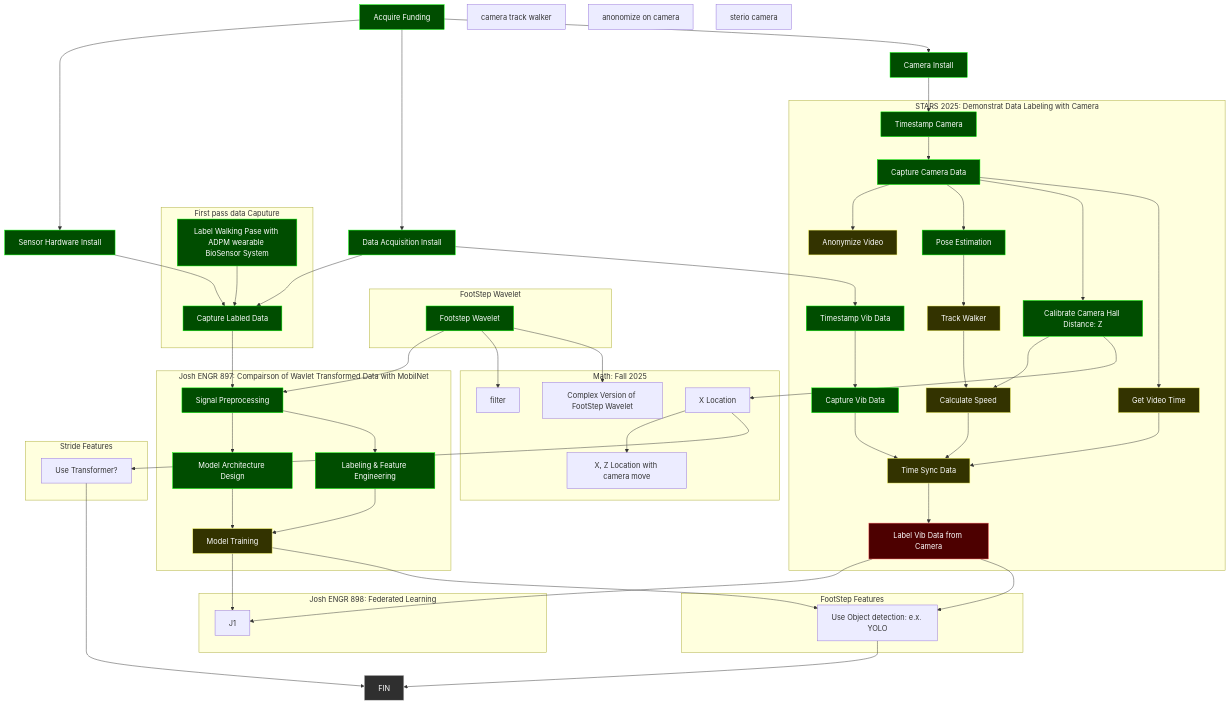
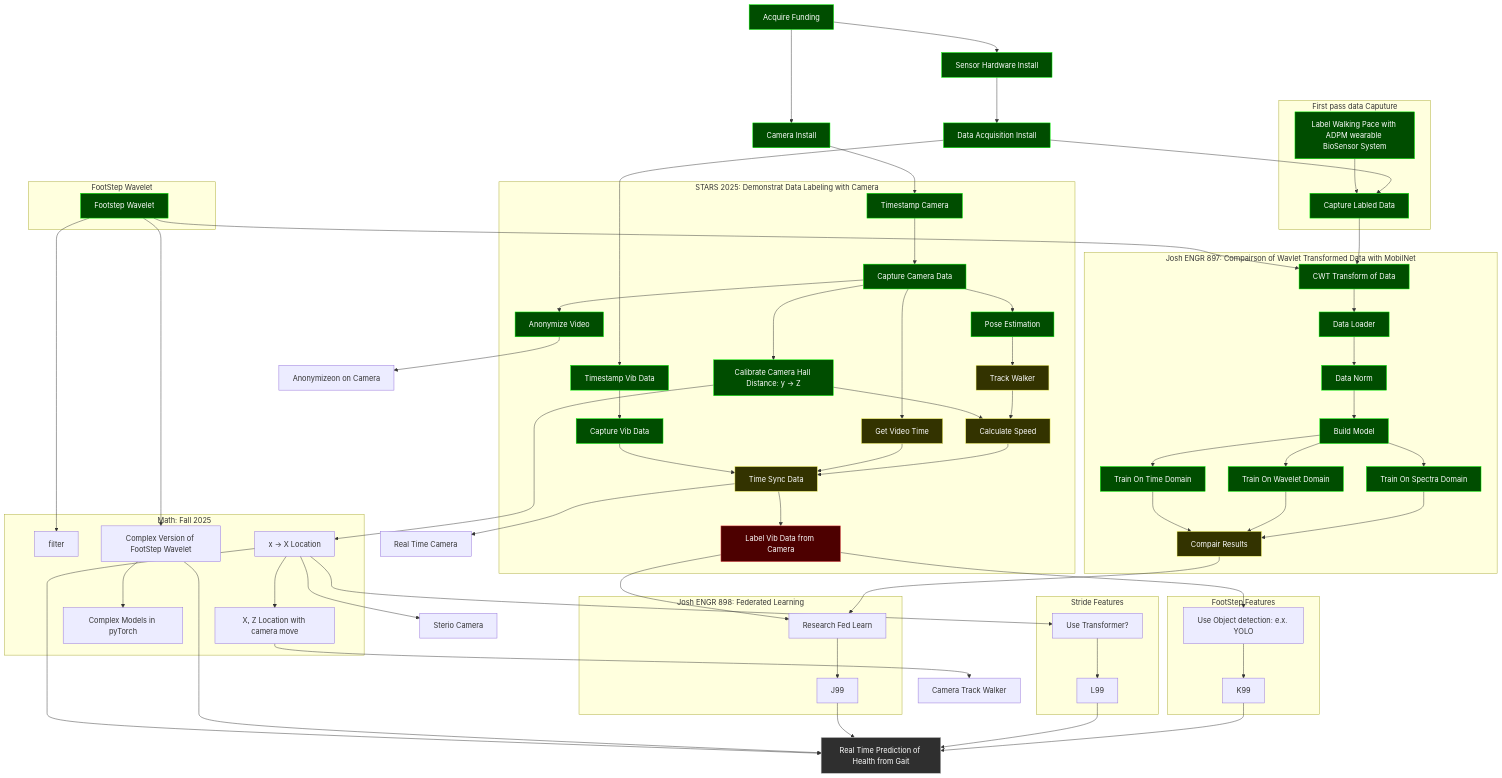
One commit to iamtheeel/shake changed the diagram in roadMap/roadMap.mmd. Above: the diagram before and after it, drawn with Mermaid. The commit also changed 1 other file, not shown here.

```diff
--- a/roadMap/roadMap.mmd
+++ b/roadMap/roadMap.mmd
@@ -1,144 +1,169 @@
 %% ─────────────────────────────────────────────
 %% 📈 HOW TO PREVIEW THIS DIAGRAM:
 %% → Right-click this file tab (not the content) → “Command Palette”
 %% → Type: “Preview Mermaid Diagram”
 %% ─────────────────────────────────────────────
 graph TD
     classDef done fill:#004d00,stroke:#00ff00,color:#ffffff;
     classDef inprogress fill:#333300,stroke:#ffff66,color:#ffffff;
     classDef pending fill:#4d0000,stroke:#ff6666,color:#ffffff;
     classDef shared fill:#2f2f2f,stroke:#cccccc,color:#ffffff;
 
     A[Acquire Funding]
 
-    %% Phase 1 - Sensor Instalation
+    %% Sensor Instalation
     A --> B1[Sensor Hardware Install]
-    A --> B2[Data Acquisition Install]
+    B1 --> B2[Data Acquisition Install]
     A --> B3[Camera Install]
     class A done;
     class B1 done;
     class B2 done;
     class B3 done;
 
-    %% Phase 2 - Data acquistion, Walking Pace Tagged
+    %% Data acquistion, Walking Pace Tagged
     subgraph First pass data Caputure
-    C2
-    C1
+        C1[Label Walking Pace with ADPM wearable BioSensor System]
+        C2[Capture Labled Data]
     end
-    C1[Label Walking Pase with ADPM wearable BioSensor System]
     C1 --> C2
-    B1 --> C2[Capture Labled Data]
     B2 --> C2
     class C1 done;
     class C2 done;
 
-    %% Phase 2 - Footstep Wavelet
+
+    %% Footstep Wavelet
     subgraph FootStep Wavelet
-    D
+        D1[Footstep Wavelet]
     end
-    D[Footstep Wavelet]
-    D --> E1
-    class D done;
+    D1 --> E1
+    class D1 done;
 
 
+    %% Model Development, data transform
+    C2 --> E1
     subgraph Josh ENGR 897: Compairson of Wavlet Transformed Data with MobilNet
-     E1
-     E2
-     E3
-     F1
+        E1[CWT Transform of Data]
+        class E1 done;
+        E2[Data Loader]
+        class E2 done;
+        E3[Data Norm]
+        class E3 done;
+        E4[Build Model]
+        class E4 done;
+        E5[Train On Time Domain]
+        class E5 done;
+        E6[Train On Wavelet Domain]
+        class E6 done;
+        E7[Train On Spectra Domain]
+        class E7 done;
+        E8[Compair Results]
+        class E8 inprogress;
     end
-    %% Phase 4 - Model Development, data transform
-    C2 --> E1[Signal Preprocessing]
-    class E1 done;
-    E1 --> E2[Model Architecture Design]
-    class E2 done;
-    E1 --> E3[Labeling & Feature Engineering]
-    class E3 done;
-    E3 --> F1[Model Training]
-    class F1 inprogress;
+    E1 --> E2
+    E2 --> E3
+    E3 --> E4
+    E4 --> E5
+    E4 --> E6
+    E4 --> E7
+    E5-->E8
+    E6-->E8
+    E7-->E8
 
-    %% Phase 5 - Training & Evaluation
-    E2 --> F1
+
+    %% Using Camera to label data
+    %%E2 --> F1
     B2 --> G1
     B3 --> G2
     subgraph STARS 2025: Demonstrat Data Labeling with Camera
         G1[Timestamp Vib Data]
         class G1 done;
         G2[Timestamp Camera]
         class G2 done;
         H1[Capture Vib Data]
         class H1 done;
         H2[Capture Camera Data]
         class H2 done;
         H4[Anonymize Video]
-        class H4 inprogress;
+        class H4 done;
         H10[Get Video Time]
         class H10 inprogress;
-        H3[Calibrate Camera Hall Distance: Z]
+        H3[Calibrate Camera Hall Distance: y -> Z]
         class H3 done;
         H5[Pose Estimation]
         class H5 done;
         H6[Track Walker]
         class H6 inprogress;
         H9[Calculate Speed]
         class H9 inprogress;
         H7[Time Sync Data]
         class H7 inprogress;
         H8[Label Vib Data from Camera]
         class H8 pending;
     end
     G1 --> H1
     G2 --> H2
     H1 --> H7
     H2 --> H4
     H2 --> H5
     H2 --> H3
     H2 --> H10
     H10 --> H7
     H5 --> H6
     H3 --> H9
     H6 --> H9
     H9 --> H7
     H7 --> H8
-    %% class H1 pending;
 
     %% From footstep wavelet
-    D --> I1 
-    D --> I4
+    D1 --> I1 
+    D1 --> I4
     subgraph Math: Fall 2025
         I1[filter]
-        I2[X Location]
+        I2[x -> X Location]
         I3[X, Z Location with camera move]
         I4[Complex Version of FootStep Wavelet]
+        I5[Complex Models in pyTorch]
     end
     H3 --> I2
     I2 --> I3
+    I4 --> I5
 
 
     H8 --> J1
-    F1 --> J1
+    E8 --> J1
     subgraph Josh ENGR 898: Federated Learning
-        J1
+        J1[Research Fed Learn]
+        J99
     end
+    J1 --> J99
 
     H8 --> K1
-    F1 --> K1
+    %%F1 --> K1
     subgraph FootStep Features
         K1[Use Object detection: e.x. YOLO]
+        K99
     end
+    K1 --> K99
 
     I2 -->L1
     subgraph Stride Features
         L1[Use Transformer?]
+        L99
     end
+    L1 --> L99
 
-    X1[camera track walker]
-    X2[anonomize on camera]
-    x3[sterio camera]
+    %% Unphased issues
+    I3 --> X1[Camera Track Walker]
+    H4 --> X2[Anonymizeon on Camera]
+    I2 --> X9[Sterio Camera]
+    H7 --> X4[Real Time Camera]
 
-    %% Phase 7 - Output
-    Z[FIN]
-    L1 --> Z
-    K1 --> Z
+    %% End Prodcut
+    I2 --> Z
+    I4 --> Z
+    J99 --> Z
+    L99 --> Z
+    K99 --> Z
+    Z[Real Time Prediction of Health from Gait]
 
     class Z shared;
```
